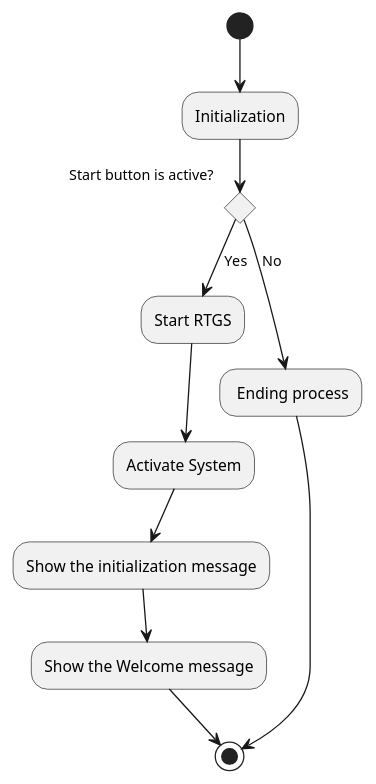
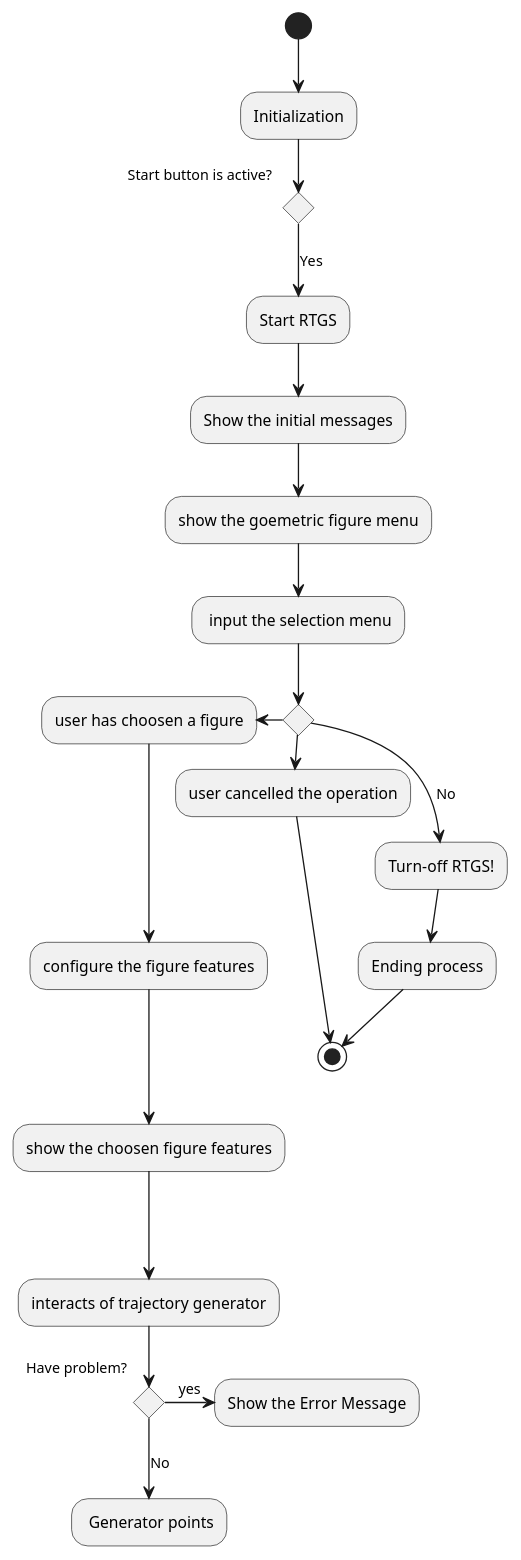
The diagram in MainOperationRTGS.plantuml (MarcioFreitasUFSC21/RTGS-Master-Course-System), drawn with PlantUML before and after one commit. The commit also changed 1 other file, not shown here.

Commit message:
Trying to make the main activity diagram

```diff
--- a/MainOperationRTGS.plantuml
+++ b/MainOperationRTGS.plantuml
@@ -1,12 +1,26 @@
 @startuml
 (*) --> "Initialization"
 if "Start button is active?" then
 -->[Yes] "Start RTGS"
---> "Activate System"
---> "Show the initialization message"
---> "Show the Welcome message"
--down-> (*)
+--> "Show the initial messages"
+--> "show the goemetric figure menu"
+--> " input the selection menu"
+    if "" then
+    -right-> "user cancelled the operation"
+    --> (*)
+    else
+    --left-> "user has choosen a figure"
+    --down-> "configure the figure features"
+    --down-> "show the choosen figure features"
+    --down-> "interacts of trajectory generator"
+        if "Have problem?" then
+        -right->[yes] "Show the Error Message"
+        else
+        -->[No] " Generator points"
+    endif
 else
--->[No] " Ending process"
+-->[No] "Turn-off RTGS!"
+-->"Ending process"
 --> (*)
+endif
 @enduml
```
